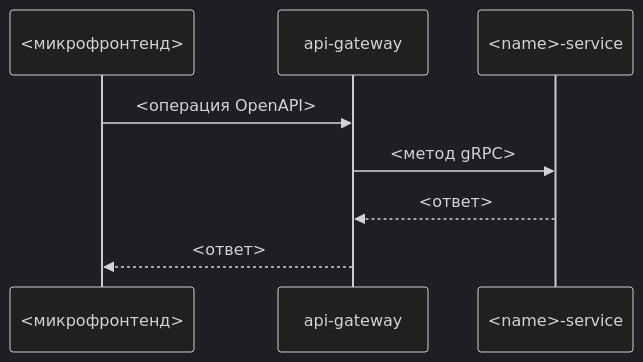
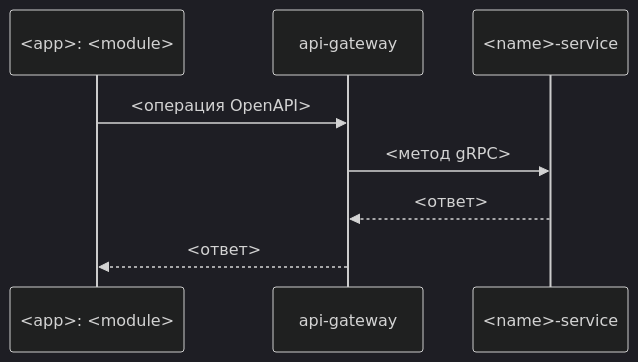
Before and after one commit to burtonsousa646-max/med: the diagram in ai/templates/design.md, drawn with Mermaid (dark theme). The commit also changed other lines of this file and 22 other files, not shown here.

````diff
--- a/ai/templates/design.md
+++ b/ai/templates/design.md
@@ -39,10 +39,10 @@
 ```mermaid
 sequenceDiagram
-  participant FE as <микрофронтенд>
+  participant FE as <app>: <module>
   participant GW as api-gateway
   participant S as <name>-service
   FE->>GW: <операция OpenAPI>
   GW->>S: <метод gRPC>
   S-->>GW: <ответ>
   GW-->>FE: <ответ>
 ```
````
